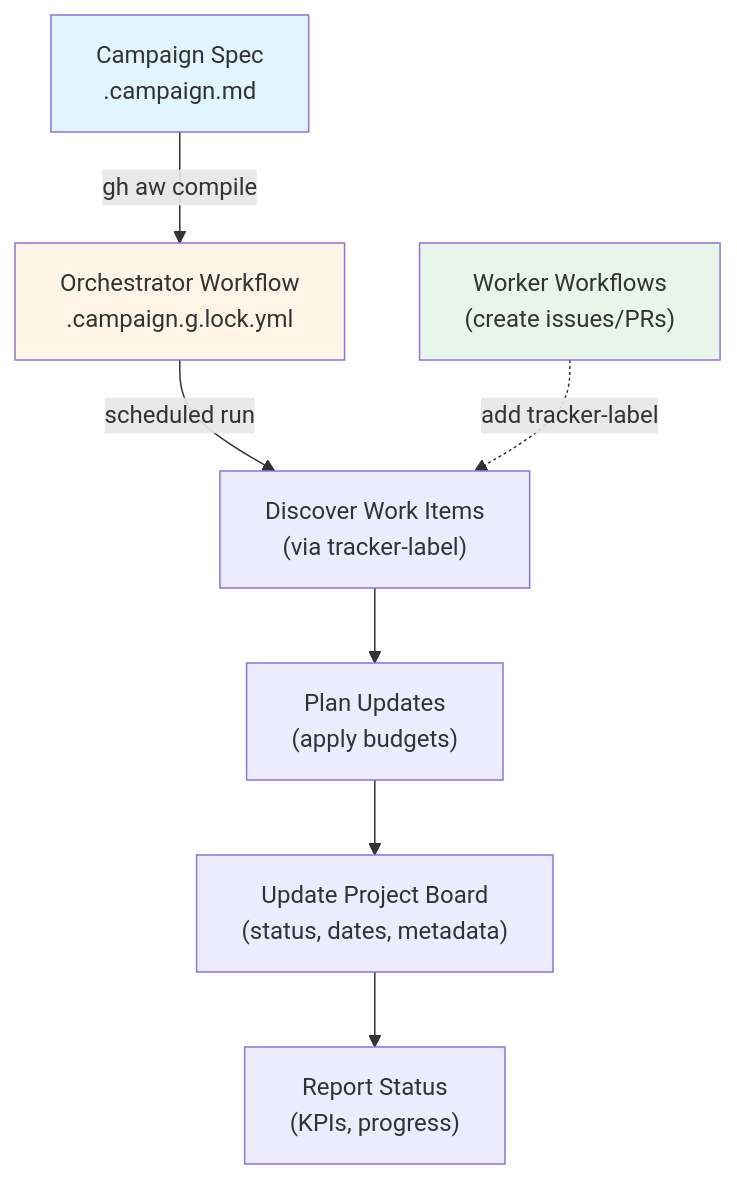
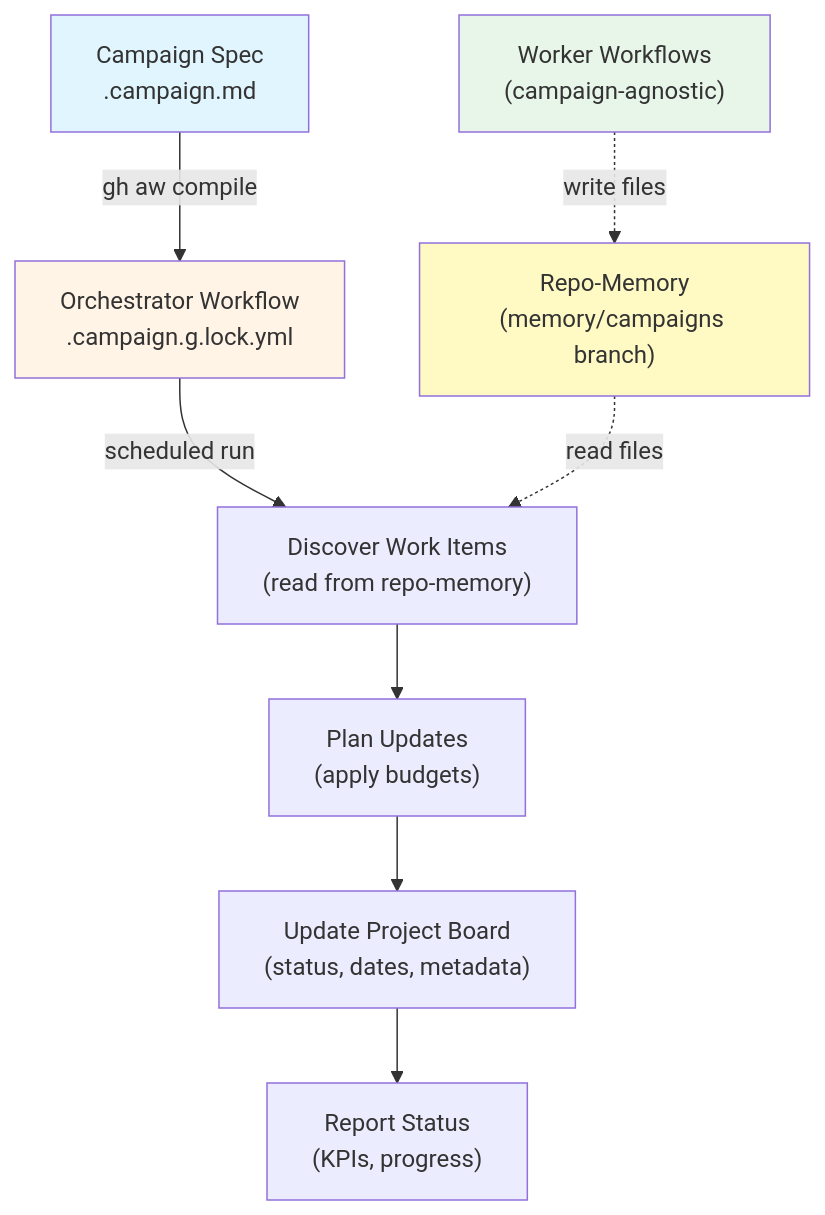
The diagram in docs/campaign-flow-diagram.md (githubnext/gh-aw), drawn with Mermaid before and after one commit. The commit also changed other lines of this file, not shown here.

First line of the commit message:
Update campaign flow to show workers are agnostic using memory cache

````diff
--- a/docs/campaign-flow-diagram.md
+++ b/docs/campaign-flow-diagram.md
@@ -7,20 +7,23 @@
 ```mermaid
 graph TB
     CampaignSpec["Campaign Spec<br/>.campaign.md"]
     
     CampaignSpec -->|"gh aw compile"| Orchestrator["Orchestrator Workflow<br/>.campaign.g.lock.yml"]
     
-    Orchestrator -->|"scheduled run"| Discover["Discover Work Items<br/>(via tracker-label)"]
+    Orchestrator -->|"scheduled run"| Discover["Discover Work Items<br/>(read from repo-memory)"]
     
     Discover --> Plan["Plan Updates<br/>(apply budgets)"]
     
     Plan --> Update["Update Project Board<br/>(status, dates, metadata)"]
     
     Update --> Report["Report Status<br/>(KPIs, progress)"]
     
-    Workers["Worker Workflows<br/>(create issues/PRs)"] -.->|"add tracker-label"| Discover
+    Workers["Worker Workflows<br/>(campaign-agnostic)"] -.->|"write files"| Memory["Repo-Memory<br/>(memory/campaigns branch)"]
+    
+    Memory -.->|"read files"| Discover
     
     style CampaignSpec fill:#e1f5ff
     style Orchestrator fill:#fff4e6
     style Workers fill:#e8f5e9
+    style Memory fill:#fff9c4
 ```
````
